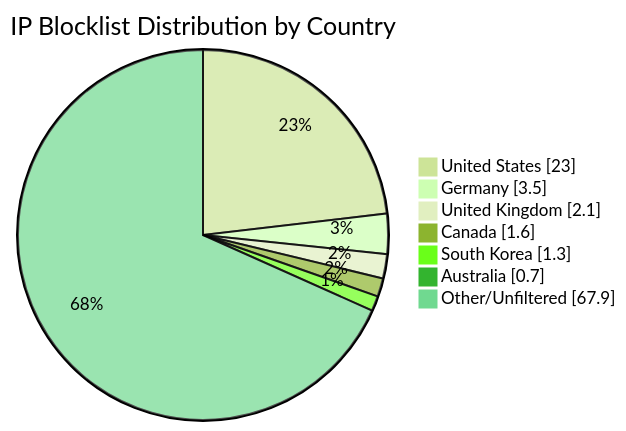
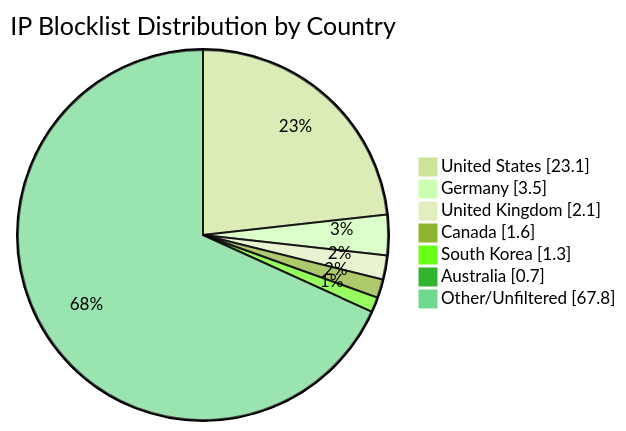
The diagram in README.md (MarcusHoltz/ipblocklist-geofiltered-aggregator), drawn with Mermaid (forest theme) before and after one commit. The commit also changed other lines of this file and 9 other files, not shown here.

````diff
--- a/README.md
+++ b/README.md
@@ -34,10 +34,10 @@
 ```mermaid
 pie showData title IP Blocklist Distribution by Country
-"United States" : 23.0
+"United States" : 23.1
 "Germany" : 3.5
 "United Kingdom" : 2.1
 "Canada" : 1.6
 "South Korea" : 1.3
 "Australia" : 0.7
-"Other/Unfiltered" : 67.9
+"Other/Unfiltered" : 67.8
 ```
````
